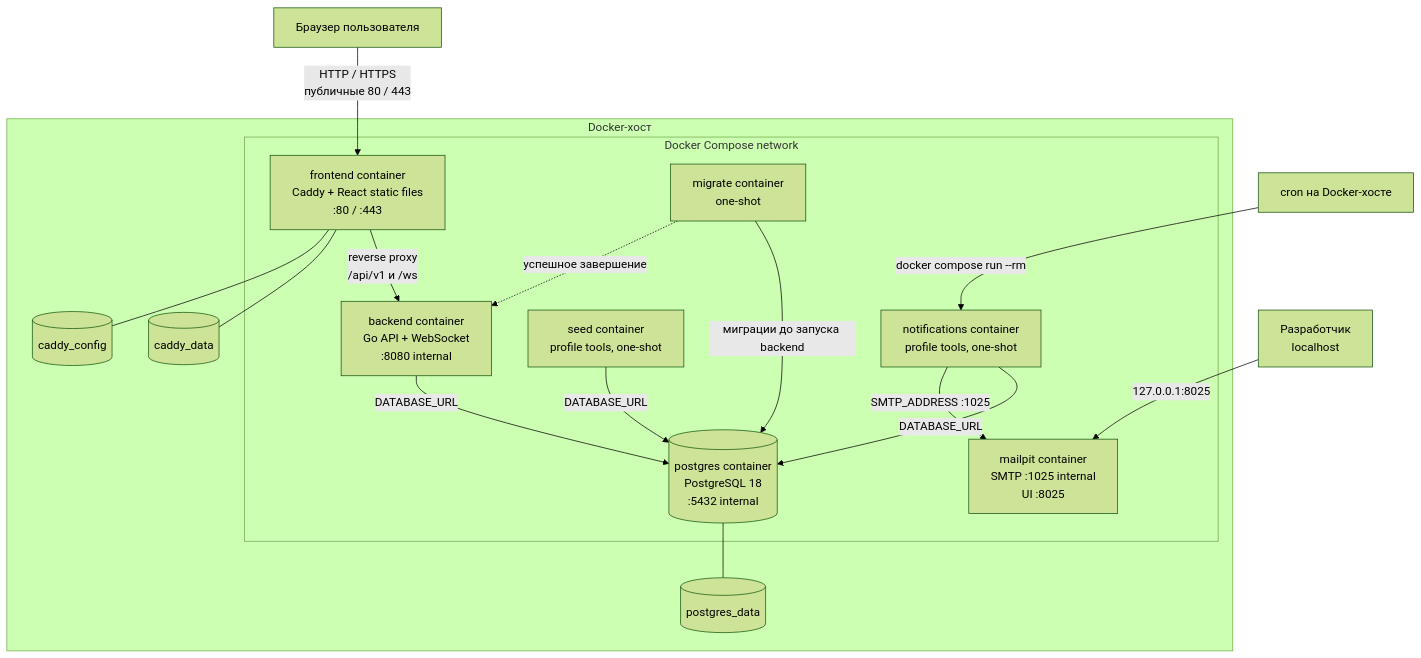
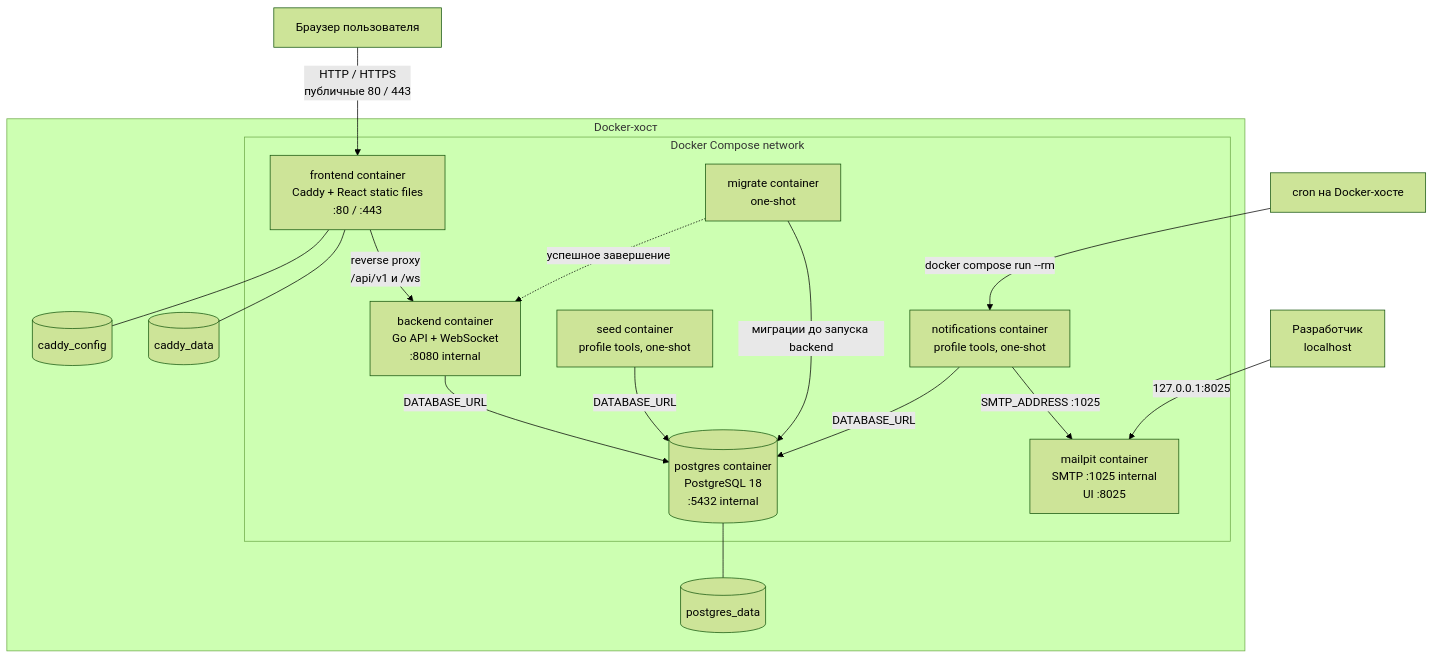
Before and after one commit to accelolabs/avito-tamagochi: the second of 2 diagrams in docs/architecture.md, drawn with Mermaid (forest theme). The commit also changed other lines of this file, not shown here.

Commit message:
docs: fix connection in mermaid graph

````diff
--- a/docs/architecture.md
+++ b/docs/architecture.md
@@ -59,38 +59,38 @@
 ```mermaid
 flowchart TB
     browser[Браузер пользователя]
     scheduler[cron на Docker-хосте]
     developer[Разработчик<br/>localhost]
 
     subgraph host[Docker-хост]
         subgraph network[Docker Compose network]
             frontendContainer[frontend container<br/>Caddy + React static files<br/>:80 / :443]
             backendContainer[backend container<br/>Go API + WebSocket<br/>:8080 internal]
             postgresContainer[(postgres container<br/>PostgreSQL 18<br/>:5432 internal)]
             mailpitContainer[mailpit container<br/>SMTP :1025 internal<br/>UI :8025]
             migrateContainer[migrate container<br/>one-shot]
             seedContainer[seed container<br/>profile tools, one-shot]
             notificationsContainer[notifications container<br/>profile tools, one-shot]
         end
 
         postgresVolume[(postgres_data)]
         caddyData[(caddy_data)]
         caddyConfig[(caddy_config)]
     end
 
     browser -->|HTTP / HTTPS<br/>публичные 80 / 443| frontendContainer
     frontendContainer -->|reverse proxy<br/>/api/v1 и /ws| backendContainer
     backendContainer -->|DATABASE_URL| postgresContainer
 
     migrateContainer -->|миграции до запуска backend| postgresContainer
     migrateContainer -.->|успешное завершение| backendContainer
     seedContainer -->|DATABASE_URL| postgresContainer
     scheduler -->|docker compose run --rm| notificationsContainer
+    notificationsContainer -->|SMTP_ADDRESS :1025| mailpitContainer
     notificationsContainer -->|DATABASE_URL| postgresContainer
-    notificationsContainer -->|SMTP_ADDRESS :1025| mailpitContainer
     developer -->|127.0.0.1:8025| mailpitContainer
 
     postgresContainer --- postgresVolume
     frontendContainer --- caddyData
     frontendContainer --- caddyConfig
 ```
````
